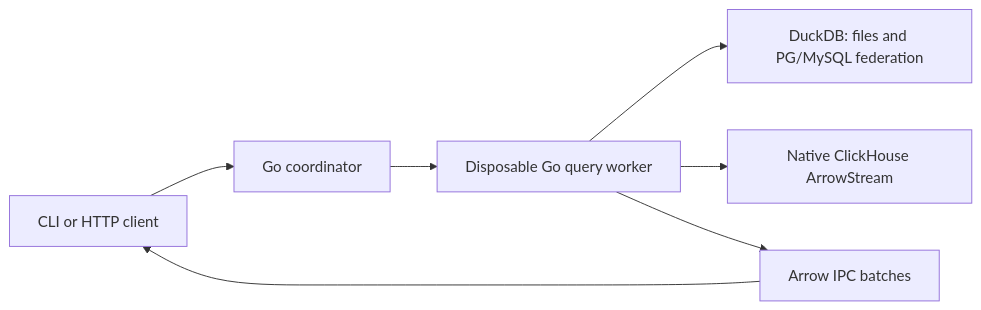
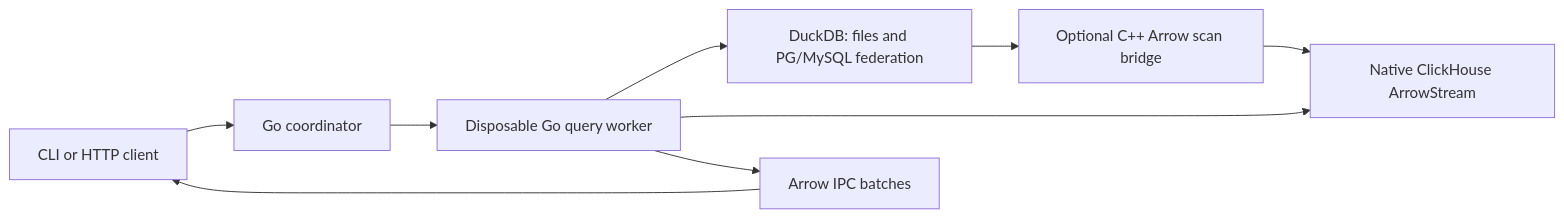
One commit to SyneHQ/kelvo-go changed the diagram in docs/architecture.md. Above: the diagram before and after it, drawn with Mermaid. The commit also changed other lines of this file and 9 other files, not shown here.

Commit message:
Document DuckDB adapter architecture, operation and upgrade boundaries

````diff
--- a/docs/architecture.md
+++ b/docs/architecture.md
@@ -7,9 +7,11 @@
 ```mermaid
 flowchart LR
     Client[CLI or HTTP client] --> Coordinator[Go coordinator]
     Coordinator --> Worker[Disposable Go query worker]
     Worker --> DuckDB[DuckDB: files and PG/MySQL federation]
+    DuckDB --> Bridge[Optional C++ Arrow scan bridge]
+    Bridge --> ClickHouse
     Worker --> ClickHouse[Native ClickHouse ArrowStream]
     Worker --> Arrow[Arrow IPC batches]
     Arrow --> Client
 ```
````
